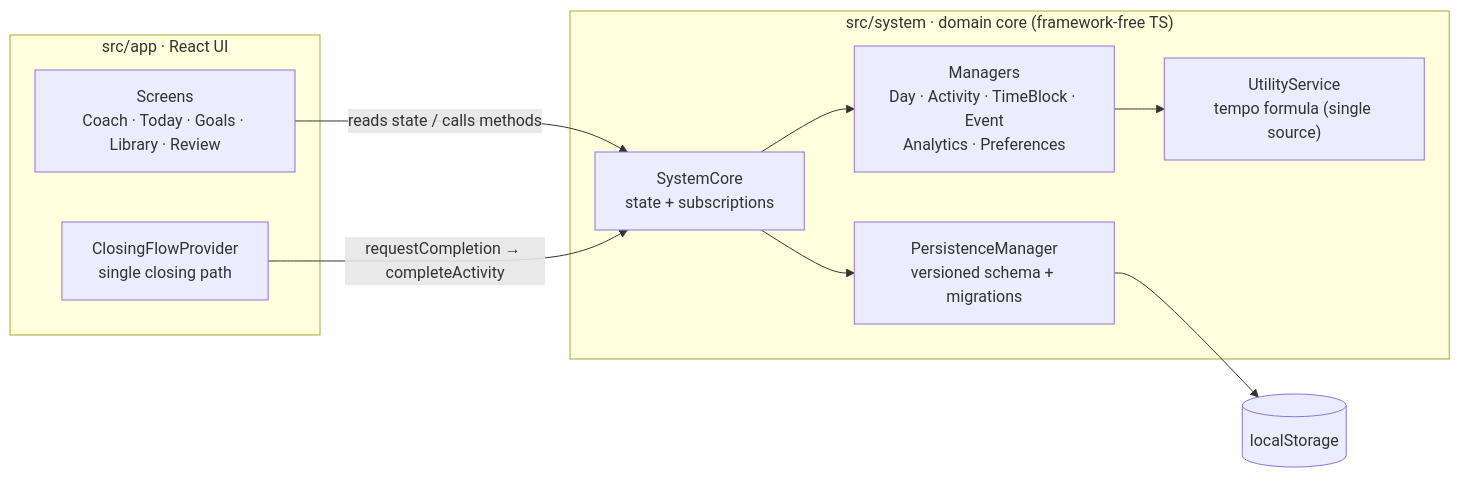
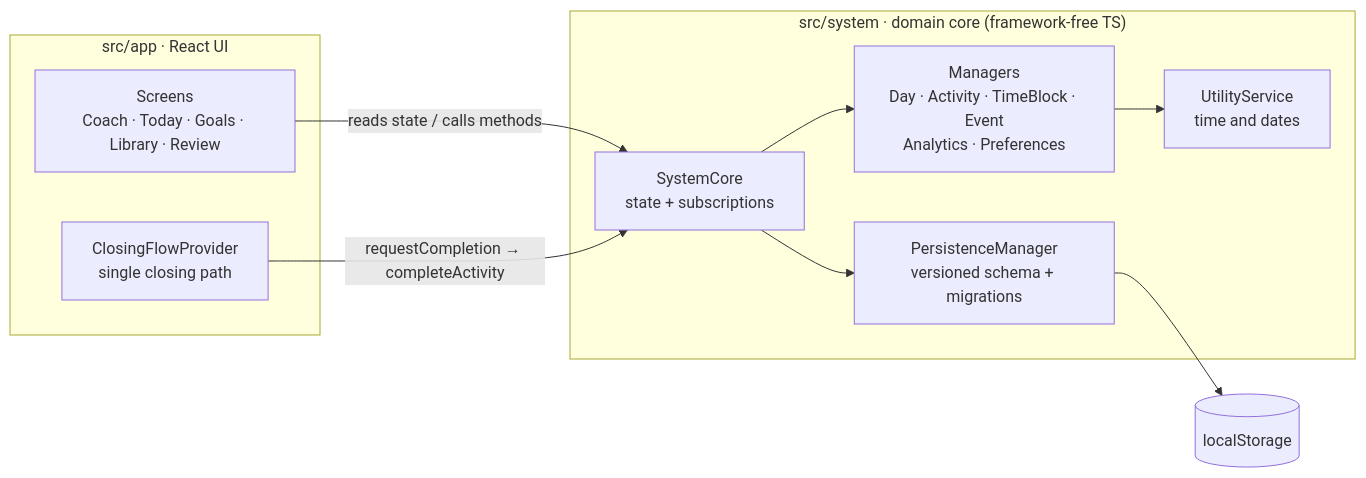
One commit to Felichz/life-ui changed the diagram in README.md. Above: the diagram before and after it, drawn with Mermaid. The commit also changed other lines of this file and 54 other files, not shown here.

````diff
--- a/README.md
+++ b/README.md
@@ -50,17 +50,17 @@
 ```mermaid
 flowchart LR
   subgraph UI["src/app · React UI"]
     Screens["Screens<br/>Coach · Today · Goals · Library · Review"]
     Flow["ClosingFlowProvider<br/>single closing path"]
   end
   subgraph Core["src/system · domain core (framework-free TS)"]
     SC["SystemCore<br/>state + subscriptions"]
     M["Managers<br/>Day · Activity · TimeBlock · Event<br/>Analytics · Preferences"]
-    U["UtilityService<br/>tempo formula (single source)"]
+    U["UtilityService<br/>time and dates"]
     P["PersistenceManager<br/>versioned schema + migrations"]
   end
   Screens -- "reads state / calls methods" --> SC
   Flow -- "requestCompletion → completeActivity" --> SC
   SC --> M --> U
   SC --> P --> LS[("localStorage")]
 ```
````
